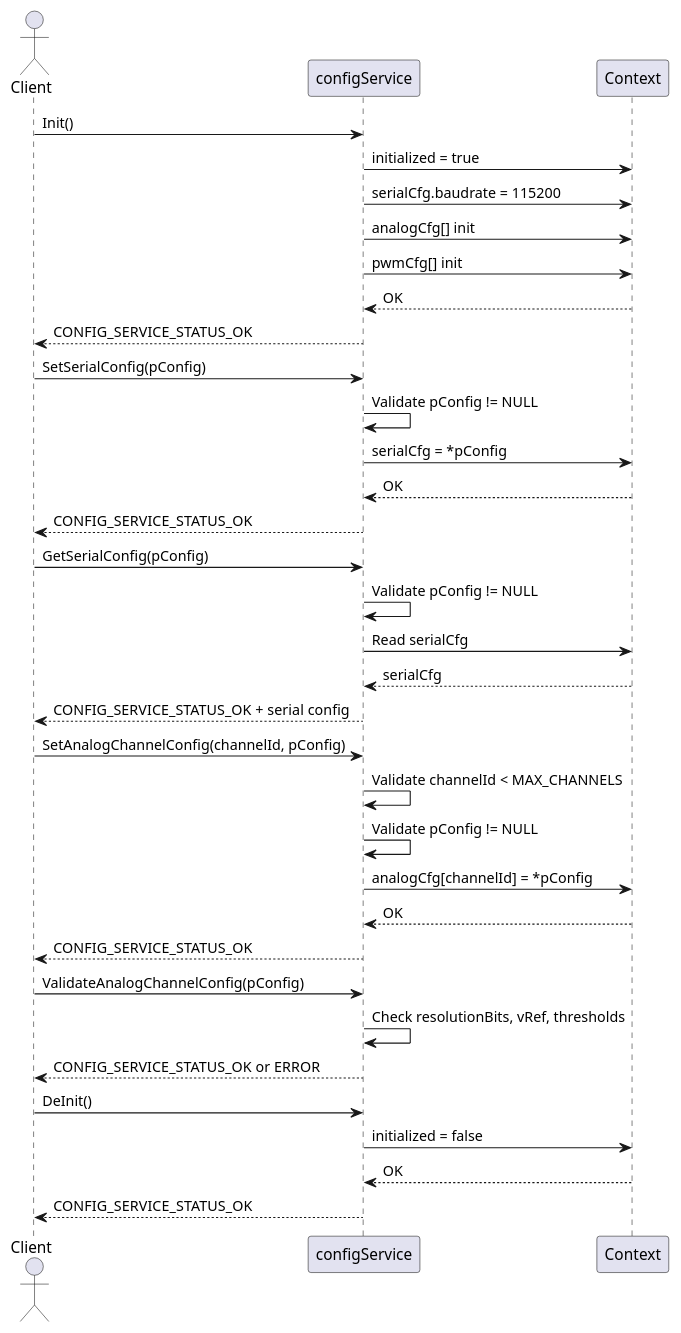
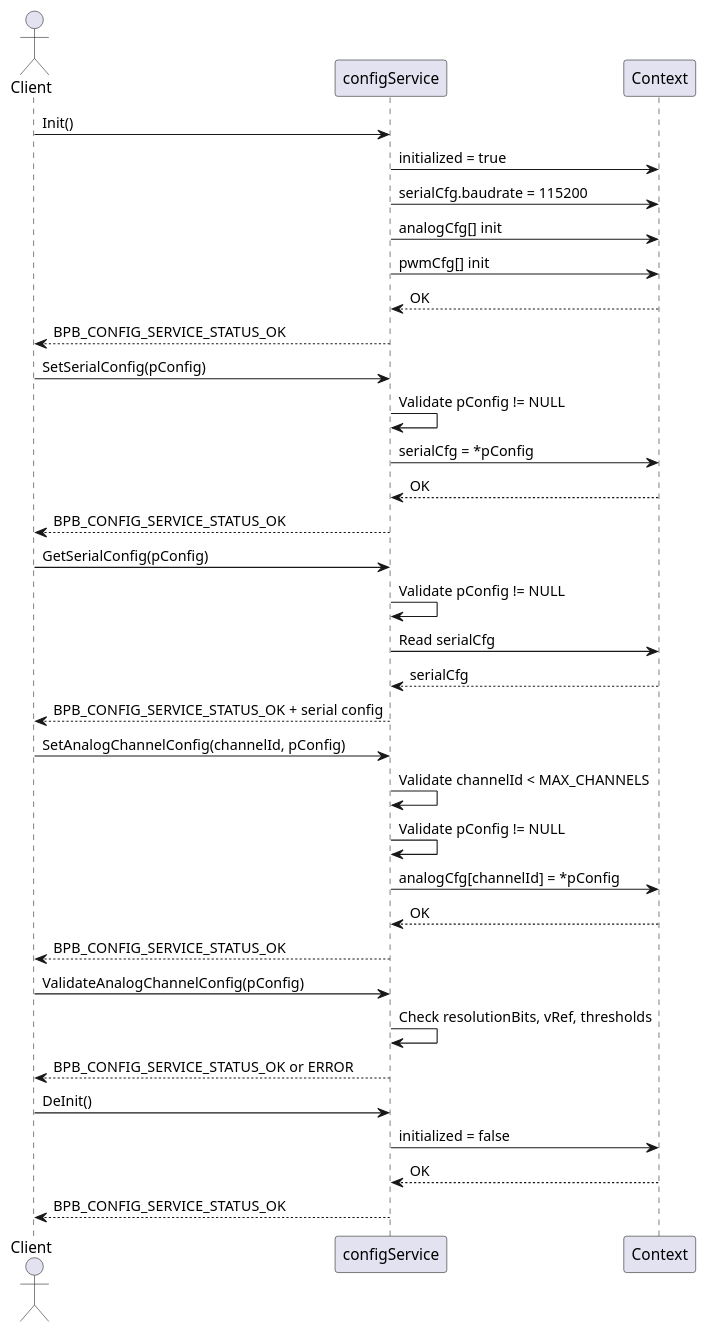
One commit to LinhTrucVo/Bico_Protocol_Bridge changed the diagram in 3_swComp/layer2Service/configService/2_design/configServiceSequenceDiagram.puml. Above: the diagram before and after it, drawn with PlantUML. The commit also changed 195 other files, not shown here.

```diff
--- a/3_swComp/layer2Service/configService/2_design/configServiceSequenceDiagram.puml
+++ b/3_swComp/layer2Service/configService/2_design/configServiceSequenceDiagram.puml
@@ -1,41 +1,41 @@
 @startuml configServiceSequenceDiagram
 actor Client
 participant "configService" as cfg
 participant "Context" as ctx
 
 Client -> cfg : Init()
 cfg -> ctx : initialized = true
 cfg -> ctx : serialCfg.baudrate = 115200
 cfg -> ctx : analogCfg[] init
 cfg -> ctx : pwmCfg[] init
 ctx --> cfg : OK
-cfg --> Client : CONFIG_SERVICE_STATUS_OK
+cfg --> Client : BPB_CONFIG_SERVICE_STATUS_OK
 
 Client -> cfg : SetSerialConfig(pConfig)
 cfg -> cfg : Validate pConfig != NULL
 cfg -> ctx : serialCfg = *pConfig
 ctx --> cfg : OK
-cfg --> Client : CONFIG_SERVICE_STATUS_OK
+cfg --> Client : BPB_CONFIG_SERVICE_STATUS_OK
 
 Client -> cfg : GetSerialConfig(pConfig)
 cfg -> cfg : Validate pConfig != NULL
 cfg -> ctx : Read serialCfg
 ctx --> cfg : serialCfg
-cfg --> Client : CONFIG_SERVICE_STATUS_OK + serial config
+cfg --> Client : BPB_CONFIG_SERVICE_STATUS_OK + serial config
 
 Client -> cfg : SetAnalogChannelConfig(channelId, pConfig)
 cfg -> cfg : Validate channelId < MAX_CHANNELS
 cfg -> cfg : Validate pConfig != NULL
 cfg -> ctx : analogCfg[channelId] = *pConfig
 ctx --> cfg : OK
-cfg --> Client : CONFIG_SERVICE_STATUS_OK
+cfg --> Client : BPB_CONFIG_SERVICE_STATUS_OK
 
 Client -> cfg : ValidateAnalogChannelConfig(pConfig)
 cfg -> cfg : Check resolutionBits, vRef, thresholds
-cfg --> Client : CONFIG_SERVICE_STATUS_OK or ERROR
+cfg --> Client : BPB_CONFIG_SERVICE_STATUS_OK or ERROR
 
 Client -> cfg : DeInit()
 cfg -> ctx : initialized = false
 ctx --> cfg : OK
-cfg --> Client : CONFIG_SERVICE_STATUS_OK
+cfg --> Client : BPB_CONFIG_SERVICE_STATUS_OK
 @enduml
```
